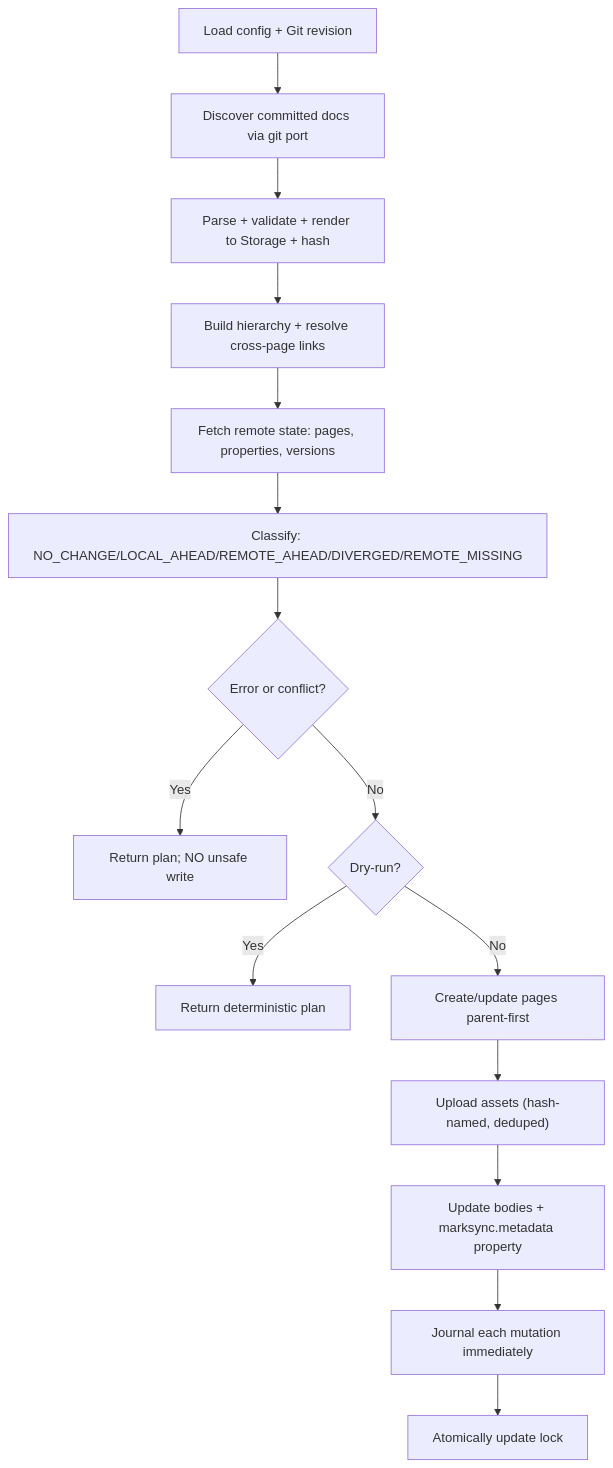
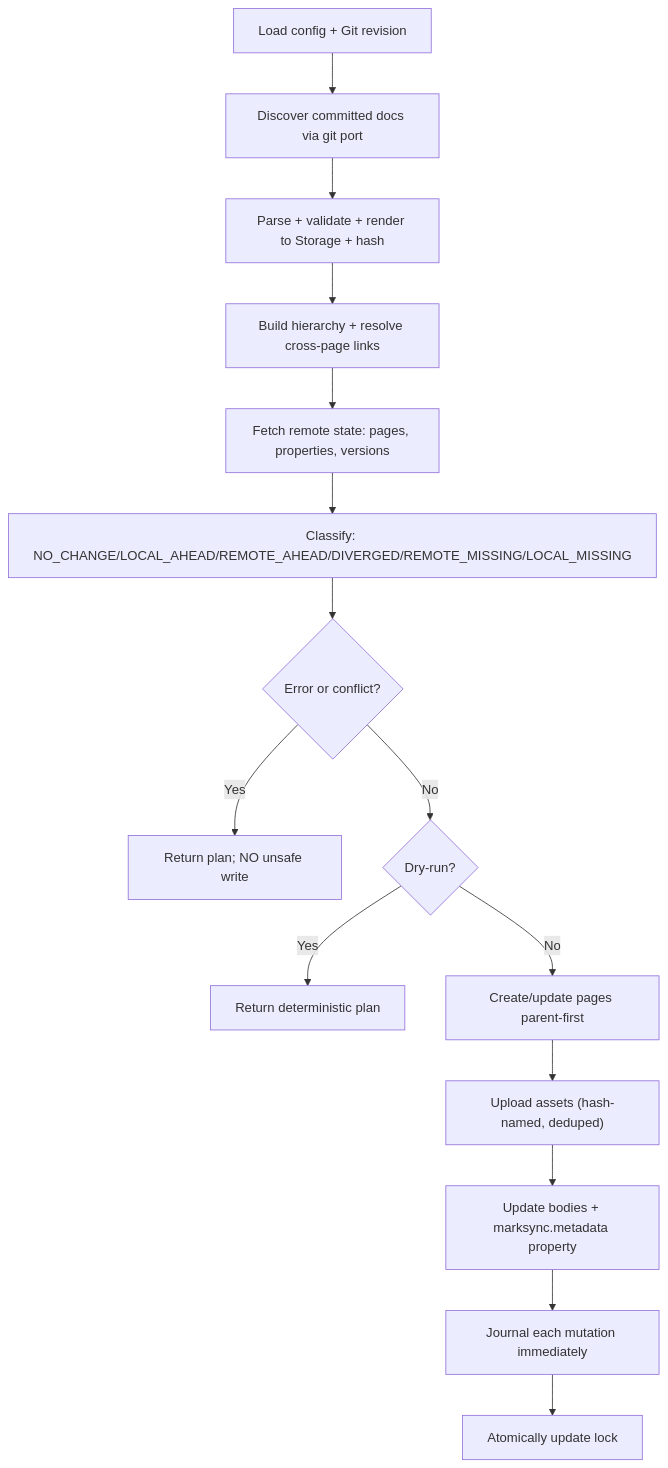
The fourth of 4 diagrams in doc/overview/architecture-overview.md (juliusz-cwiakalski/marksync), drawn with Mermaid before and after one commit. The commit also changed other lines of this file and 23 other files, not shown here.

````diff
--- a/doc/overview/architecture-overview.md
+++ b/doc/overview/architecture-overview.md
@@ -277,17 +277,17 @@
 ```mermaid
 flowchart TD
   A[Load config + Git revision] --> B[Discover committed docs via git port]
   B --> C["Parse + validate + render to Storage + hash"]
   C --> D[Build hierarchy + resolve cross-page links]
   D --> E["Fetch remote state: pages, properties, versions"]
-  E --> F["Classify: NO_CHANGE/LOCAL_AHEAD/REMOTE_AHEAD/DIVERGED/REMOTE_MISSING"]
+  E --> F["Classify: NO_CHANGE/LOCAL_AHEAD/REMOTE_AHEAD/DIVERGED/REMOTE_MISSING/LOCAL_MISSING"]
   F --> G{Error or conflict?}
   G -- Yes --> H["Return plan; NO unsafe write"]
   G -- No --> I{Dry-run?}
   I -- Yes --> J[Return deterministic plan]
   I -- No --> K["Create/update pages parent-first"]
   K --> L["Upload assets (hash-named, deduped)"]
   L --> M["Update bodies + marksync.metadata property"]
   M --> N[Journal each mutation immediately]
   N --> O["Atomically update lock"]
 ```
````
